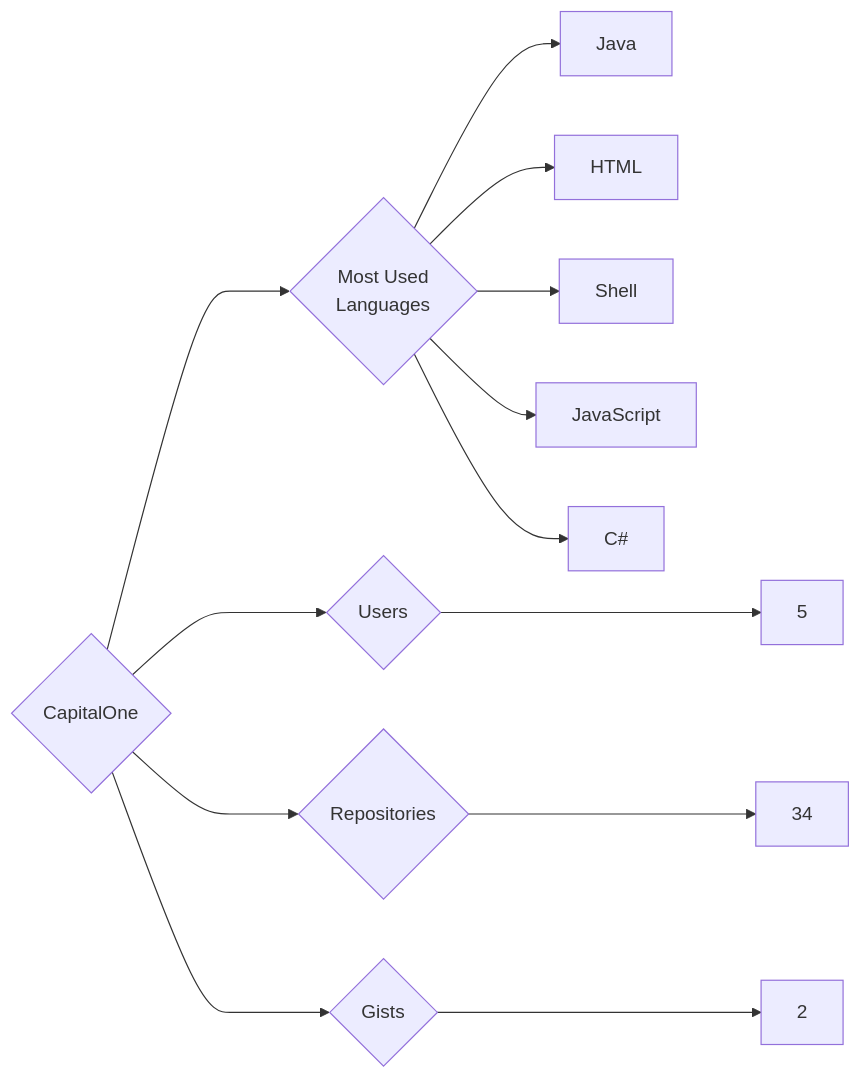
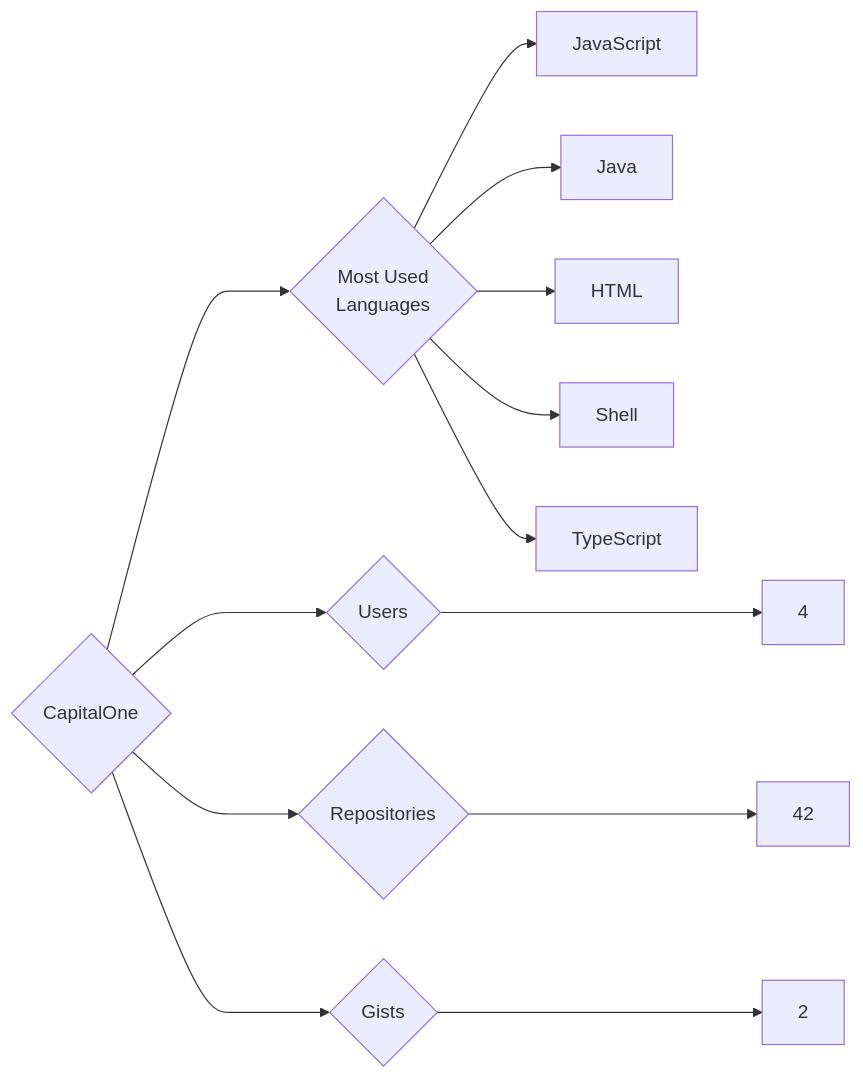
The diagram in targets/CapitalOne/README.md (trickest/insiders), drawn with Mermaid before and after one commit. The commit also changed 783 other files, not shown here.

````diff
--- a/targets/CapitalOne/README.md
+++ b/targets/CapitalOne/README.md
@@ -3,13 +3,13 @@
 ```mermaid
 graph LR
 COMPANY_NAME{CapitalOne}
-COMPANY_NAME ---> U{Users} ---> UN[5]
-COMPANY_NAME ---> R{Repositories} ---> RN[34]
+COMPANY_NAME ---> U{Users} ---> UN[4]
+COMPANY_NAME ---> R{Repositories} ---> RN[42]
 COMPANY_NAME ---> G{Gists} ---> GN[2]
 COMPANY_NAME ---> ML{Most Used<br>Languages}
+ML --> JavaScript[JavaScript]
 ML --> Java[Java]
 ML --> HTML[HTML]
 ML --> Shell[Shell]
-ML --> JavaScript[JavaScript]
-ML --> C#[C#]
+ML --> TypeScript[TypeScript]
 ```
````
